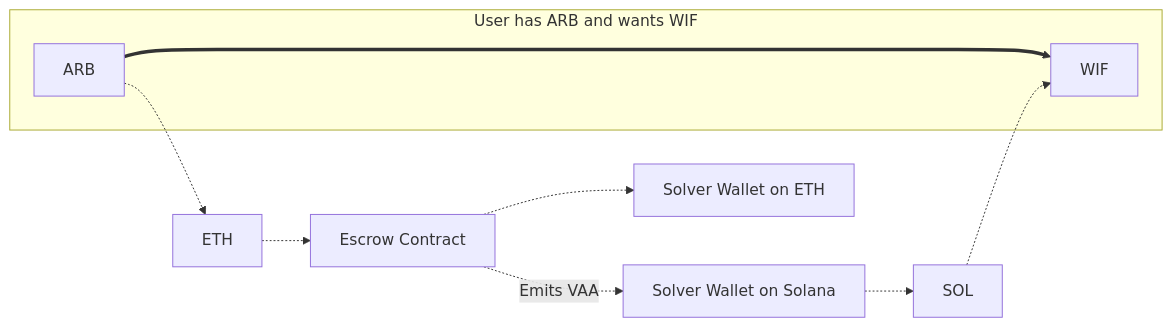
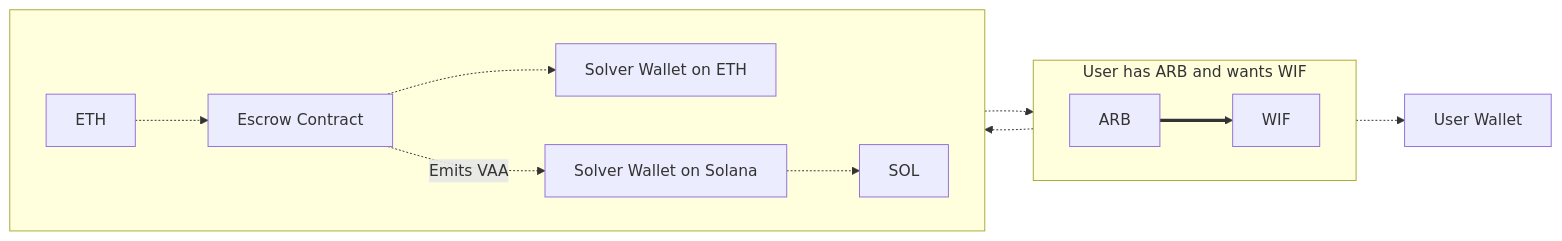
Before and after one commit to wormhole-foundation/wormhole-docs: the first of 2 diagrams in products/settlement/overview.md, drawn with Mermaid. The commit also changed other lines of this file, not shown here.

Commit message:
mermaid diagrams updates

````diff
--- a/products/settlement/overview.md
+++ b/products/settlement/overview.md
@@ -54,16 +50,21 @@
 ```mermaid
 flowchart LR
 
-    subgraph TOP[User has ARB and wants WIF]
+    subgraph A[User has ARB and wants WIF]
+        direction LR
         ARB[ARB] ==> WIF[WIF]
     end
 
     ARB -.-> ETH[ETH]
-    ETH -.-> Escrow[Escrow Contract]
+    subgraph B[" "]
+        direction LR
+        ETH -.-> Escrow[Escrow Contract]
+        Escrow -.-> ArbSolver[Solver Wallet on ETH]
+        Escrow -. Emits VAA .-> SolSolver[Solver Wallet on Solana]
+        SolSolver -.-> SOL
+        SOL -.-> WIF
+    end
 
-    Escrow -.-> ArbSolver[Solver Wallet on ETH]
-    Escrow -. Emits VAA .-> SolSolver[Solver Wallet on Solana]
+    WIF -.-> UW[User Wallet]
 
-    SolSolver -.-> SOL
-    SOL -.-> WIF
 ```
````
